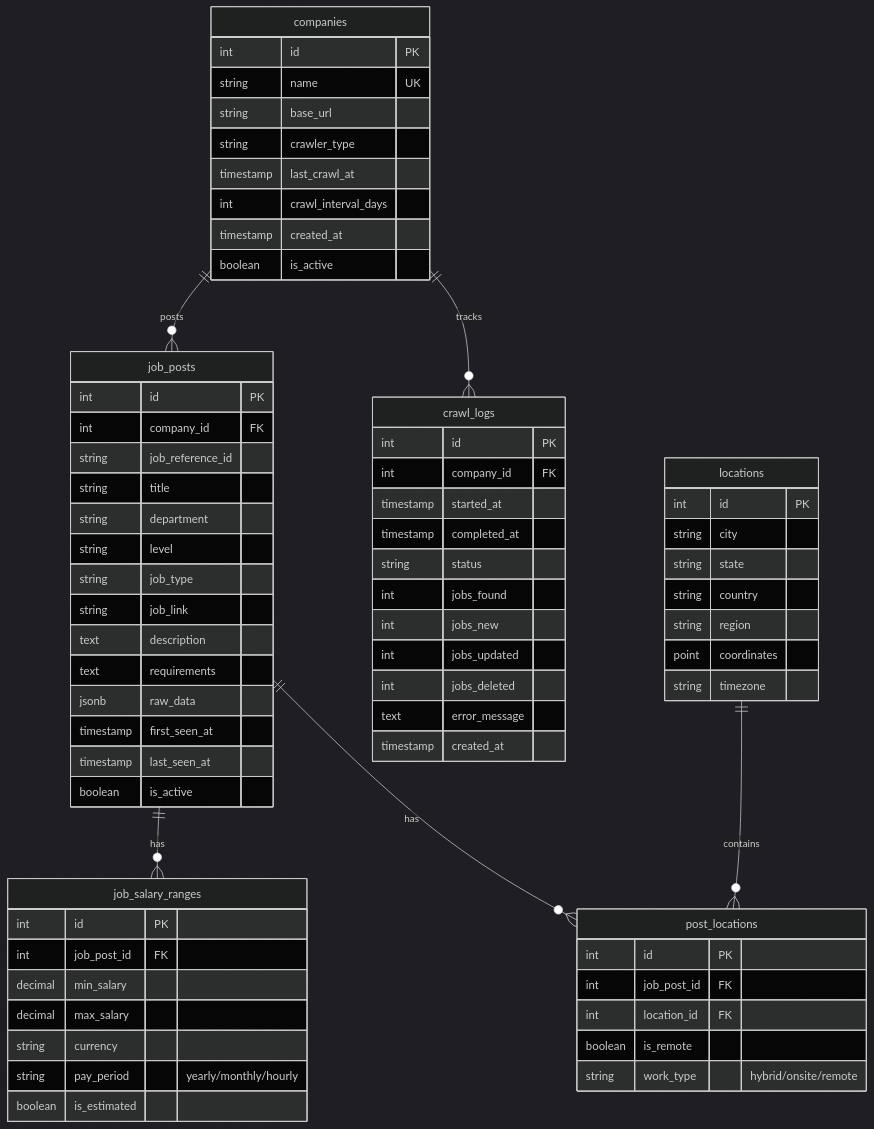
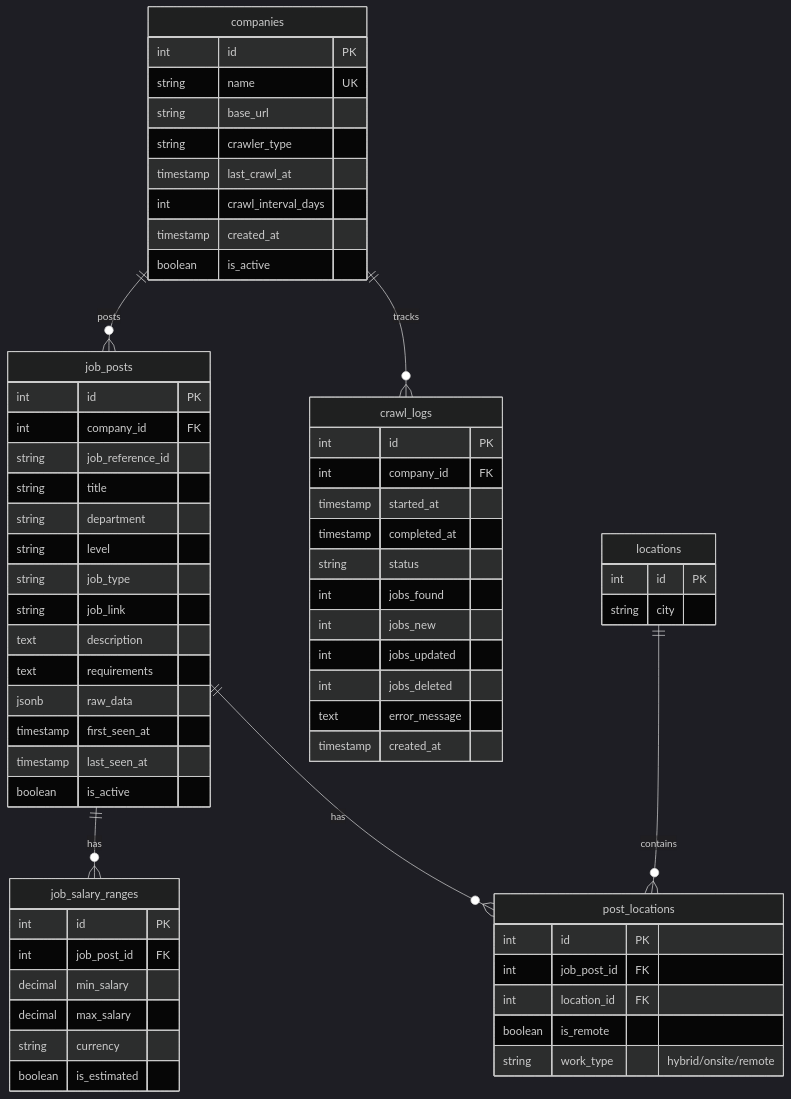
The diagram in README.md (whuanzj123/JobSeeker), drawn with Mermaid (dark theme) before and after one commit. The commit also changed 1 other file, not shown here.

Commit message:
set up local db

````diff
--- a/README.md
+++ b/README.md
@@ -1,78 +1,72 @@
 ```mermaid
 erDiagram
     companies ||--o{ job_posts : posts
     companies ||--o{ crawl_logs : tracks
     job_posts ||--o{ job_salary_ranges : has
     job_posts ||--o{ post_locations : has
     locations ||--o{ post_locations : contains
     
     companies {
         int id PK
         string name UK
         string base_url
         string crawler_type
         timestamp last_crawl_at
         int crawl_interval_days
         timestamp created_at
         boolean is_active
     }
 
     job_posts {
         int id PK
         int company_id FK
         string job_reference_id
         string title
         string department
         string level
         string job_type
         string job_link
         text description
         text requirements
         jsonb raw_data
         timestamp first_seen_at
         timestamp last_seen_at
         boolean is_active
     }
 
     locations {
         int id PK
         string city
-        string state
-        string country
-        string region
-        point coordinates
-        string timezone
     }
 
     post_locations {
         int id PK
         int job_post_id FK
         int location_id FK
         boolean is_remote
         string work_type "hybrid/onsite/remote"
     }
 
     job_salary_ranges {
         int id PK
         int job_post_id FK
         decimal min_salary
         decimal max_salary
         string currency
-        string pay_period "yearly/monthly/hourly"
         boolean is_estimated
     }
 
     crawl_logs {
         int id PK
         int company_id FK
         timestamp started_at
         timestamp completed_at
         string status
         int jobs_found
         int jobs_new
         int jobs_updated
         int jobs_deleted
         text error_message
         timestamp created_at
     }
 ```
````
